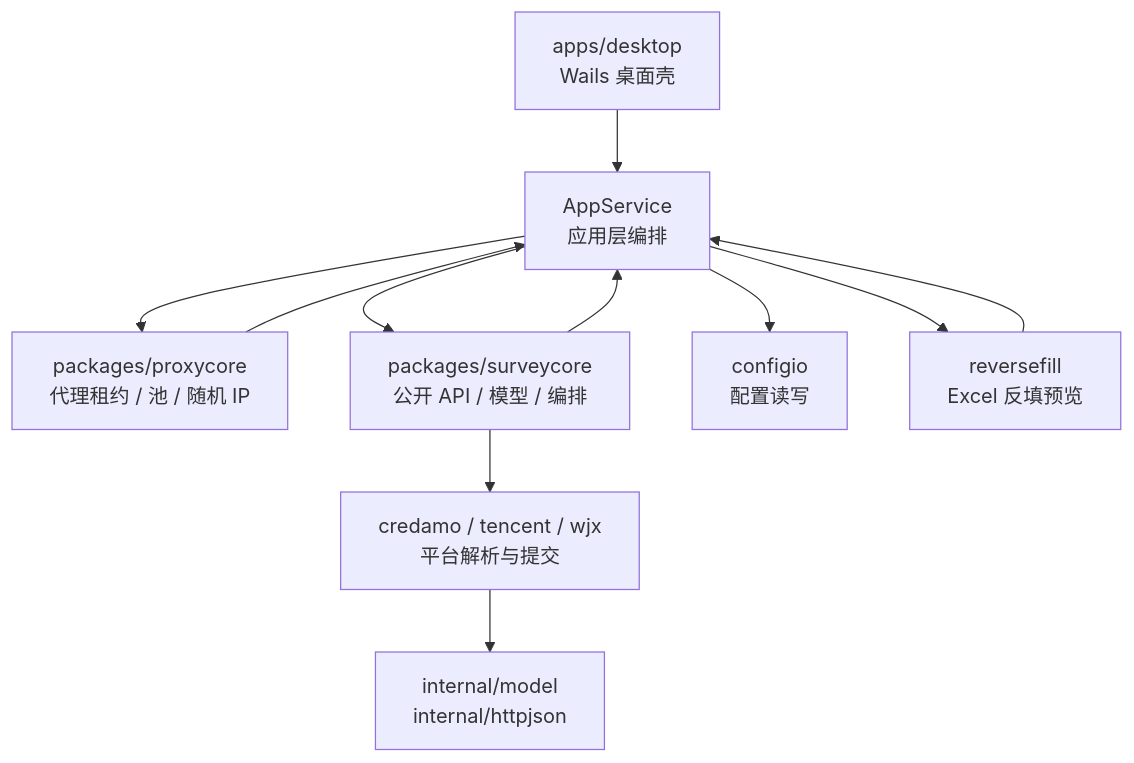
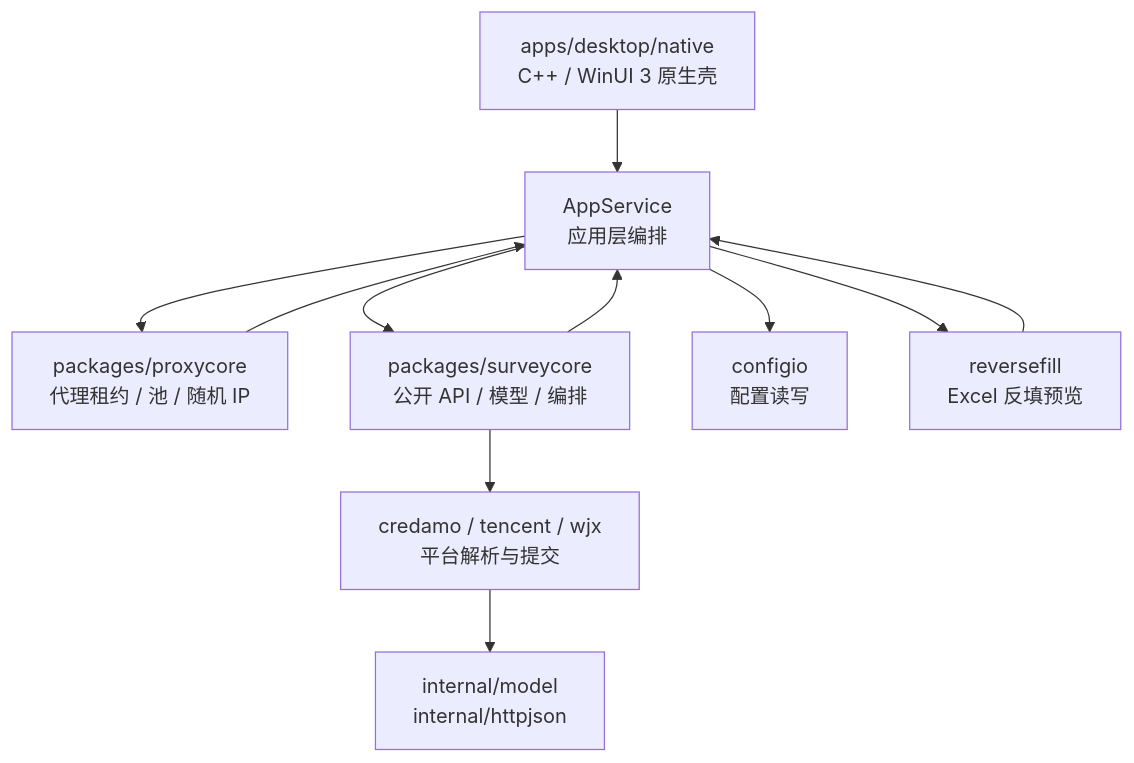
One commit to hungryM0/SurveyController changed the first of 2 diagrams in README.md. Above: the diagram before and after it, drawn with Mermaid. The commit also changed other lines of this file and 296 other files, not shown here.

````diff
--- a/README.md
+++ b/README.md
@@ -91,22 +83,22 @@
 ```mermaid
 flowchart TB
-  ui["apps/desktop<br/>Wails 桌面壳"]
+  ui["apps/desktop/native<br/>C++ / WinUI 3 原生壳"]
   service["AppService<br/>应用层编排"]
   proxy["packages/proxycore<br/>代理租约 / 池 / 随机 IP"]
   survey["packages/surveycore<br/>公开 API / 模型 / 编排"]
   configio["configio<br/>配置读写"]
   reversefill["reversefill<br/>Excel 反填预览"]
   providers["credamo / tencent / wjx<br/>平台解析与提交"]
   internal["internal/model<br/>internal/httpjson"]
 
   ui --> service
   service --> proxy
   service --> survey
   service --> configio
   service --> reversefill
   survey --> providers
   providers --> internal
   proxy --> service
   survey --> service
   reversefill --> service
 ```
````
